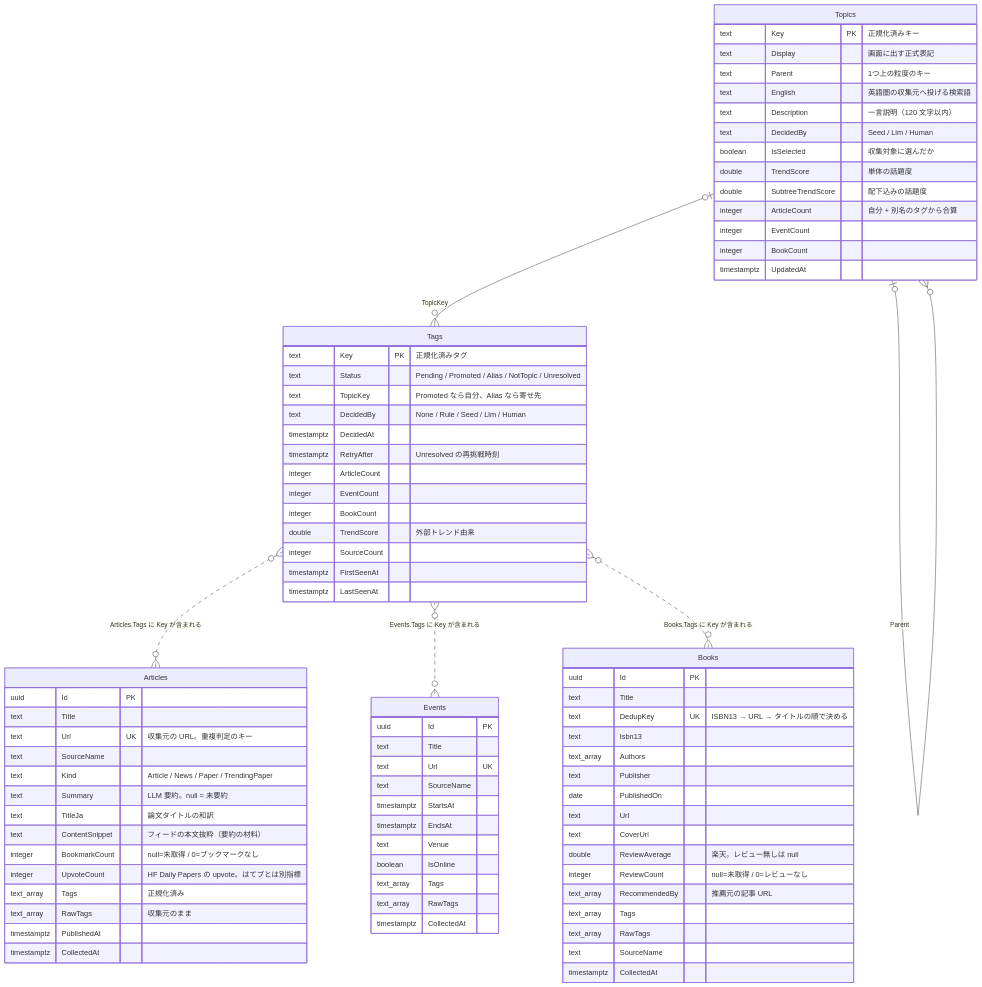
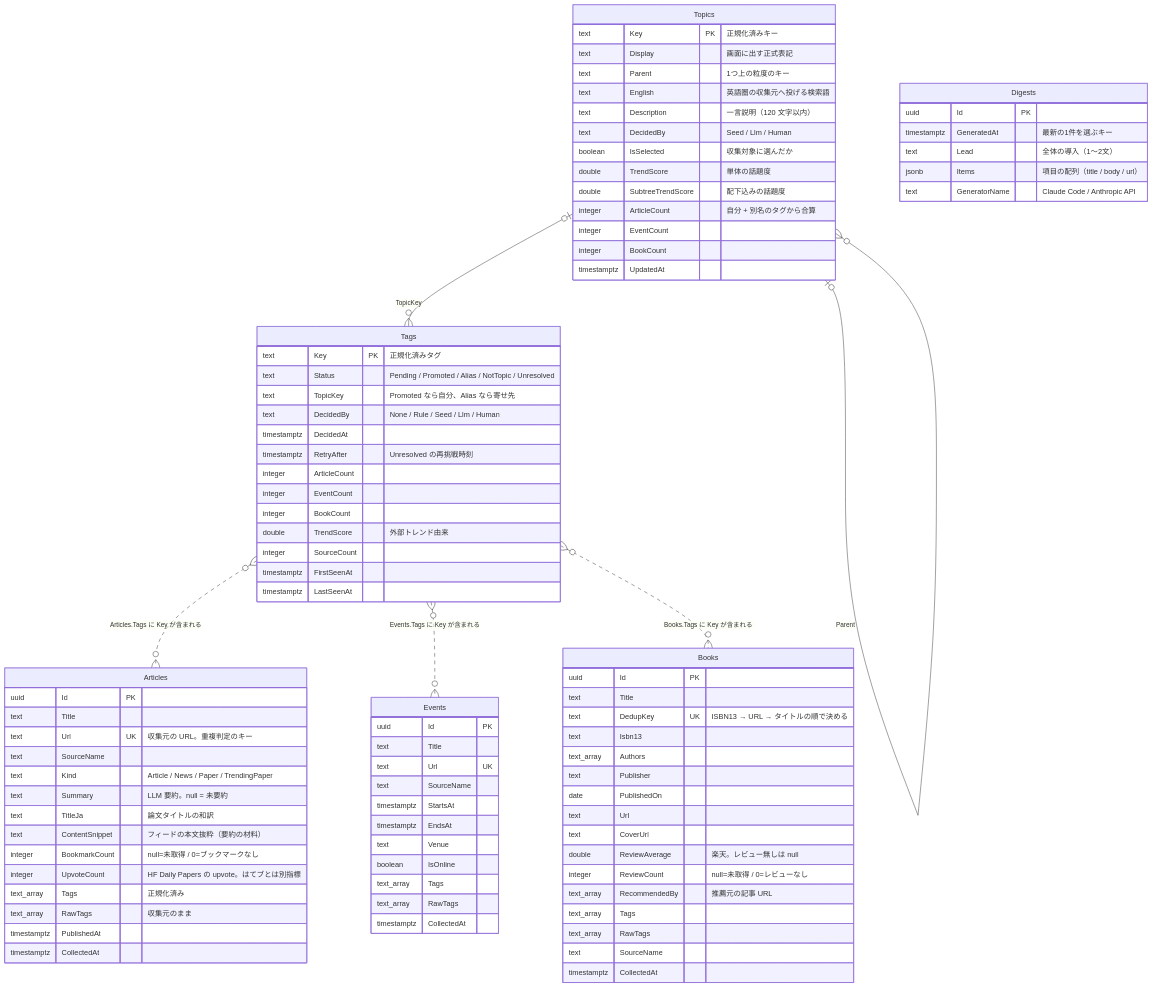
One commit to rtcode337/tech-antenna changed the first of 2 diagrams in docs/database.md. Above: the diagram before and after it, drawn with Mermaid. The commit also changed other lines of this file and 27 other files, not shown here.

```diff
--- a/docs/database.md
+++ b/docs/database.md
@@ -95,6 +95,14 @@
         timestamptz UpdatedAt
     }
 
+    Digests {
+        uuid Id PK
+        timestamptz GeneratedAt "最新の1件を選ぶキー"
+        text Lead "全体の導入（1〜2文）"
+        jsonb Items "項目の配列（title / body / url）"
+        text GeneratorName "Claude Code / Anthropic API"
+    }
+
     Tags }o..o{ Articles : "Articles.Tags に Key が含まれる"
     Tags }o..o{ Events : "Events.Tags に Key が含まれる"
     Tags }o..o{ Books : "Books.Tags に Key が含まれる"
```
